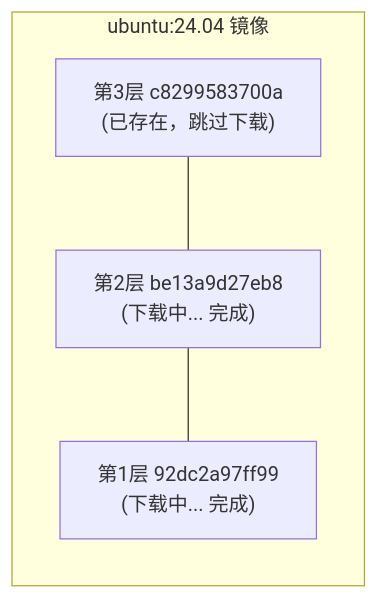
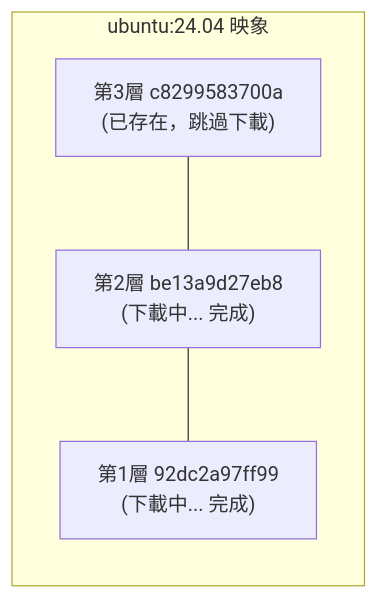
The diagram in 04_image/4.1_pull.md (doggy8088/docker_practice), drawn with Mermaid before and after one commit. The commit also changed other lines of this file and 211 other files, not shown here.

````diff
--- a/04_image/4.1_pull.md
+++ b/04_image/4.1_pull.md
@@ -94,10 +94,10 @@
 ```mermaid
 flowchart TD
-    subgraph Image ["ubuntu:24.04 镜像"]
+    subgraph Image ["ubuntu:24.04 映象"]
         direction TB
-        L3["第3层 c8299583700a<br/>(已存在，跳过下载)"]
-        L2["第2层 be13a9d27eb8<br/>(下载中... 完成)"]
-        L1["第1层 92dc2a97ff99<br/>(下载中... 完成)"]
+        L3["第3層 c8299583700a<br/>(已存在，跳過下載)"]
+        L2["第2層 be13a9d27eb8<br/>(下載中... 完成)"]
+        L1["第1層 92dc2a97ff99<br/>(下載中... 完成)"]
         L3 --- L2 --- L1
     end
 ```
````
